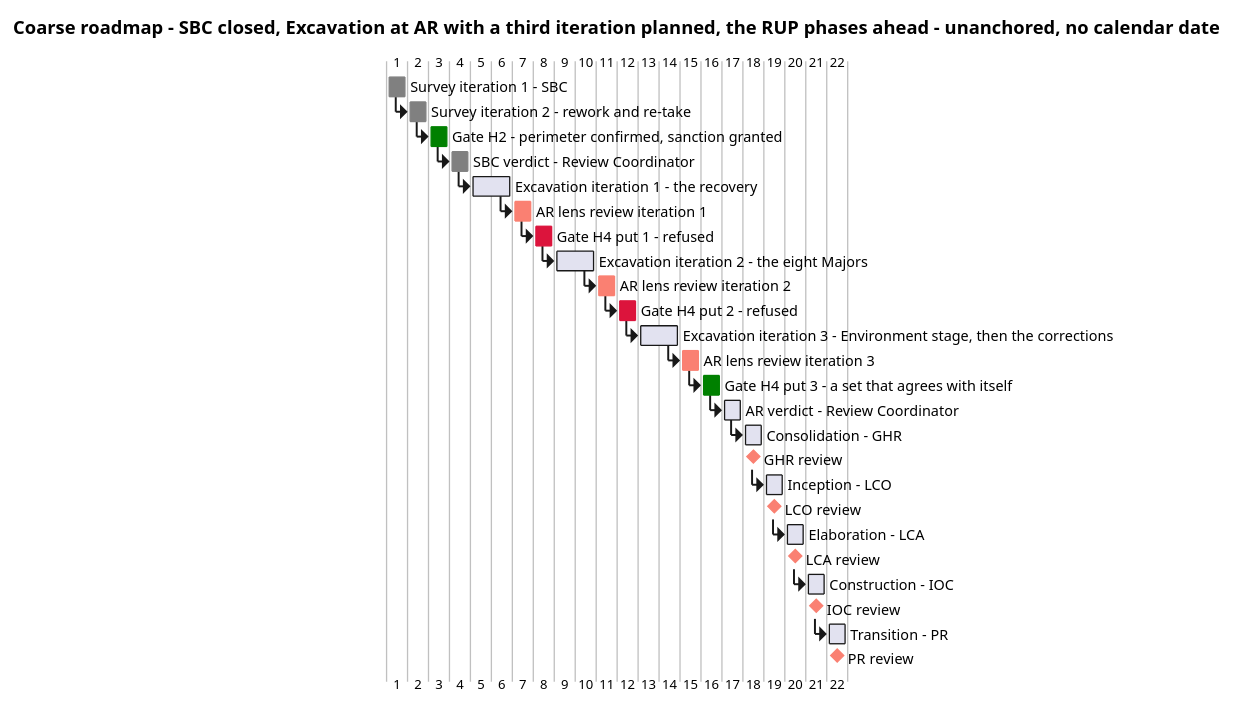
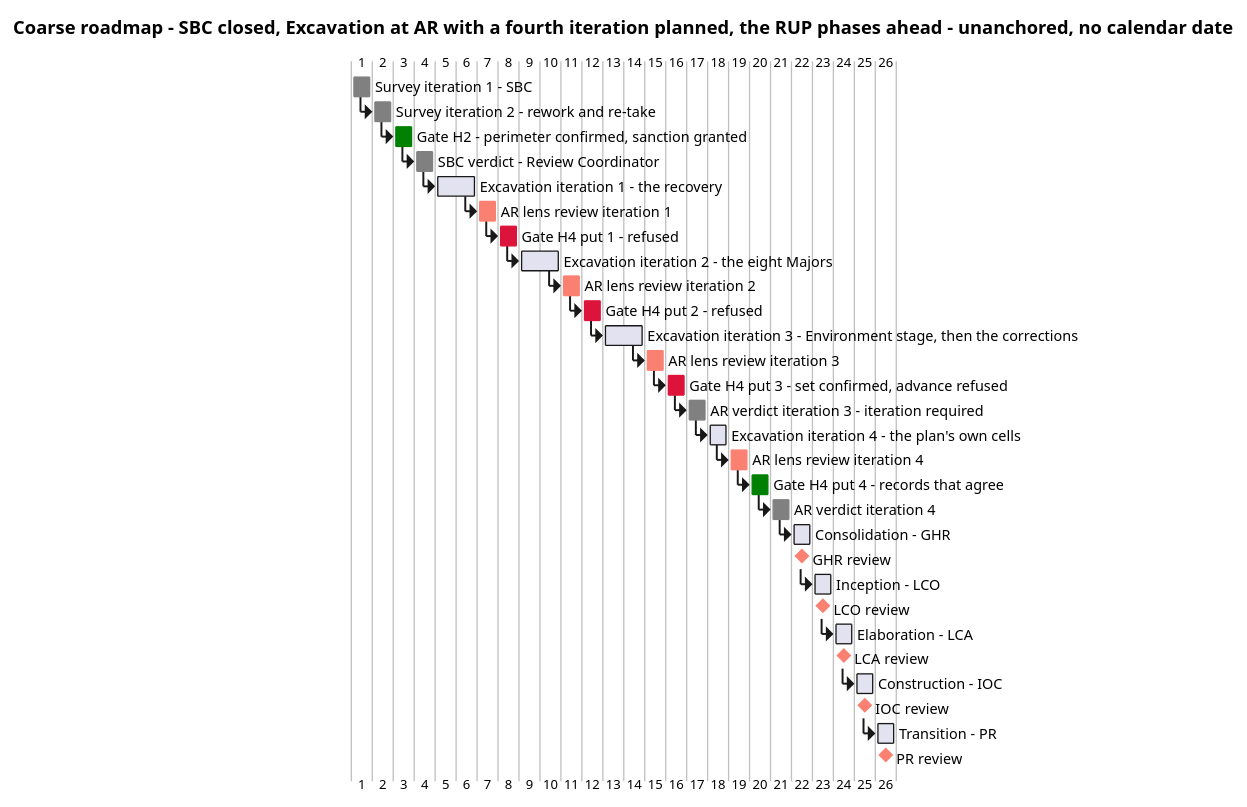
The second of 6 diagrams in docs/artifacts/project-management/iteration-plan.md (banense-test/TodoApp), drawn with PlantUML before and after one commit. The commit also changed other lines of this file, not shown here.

First line of the commit message:
Project Manager [Excavation3]: upsert Iteration Plan

````diff
--- a/docs/artifacts/project-management/iteration-plan.md
+++ b/docs/artifacts/project-management/iteration-plan.md
@@ -56,63 +56,75 @@
 ```plantuml
 @startgantt
-title Coarse roadmap - SBC closed, Excavation at AR with a third iteration planned, the RUP phases ahead - unanchored, no calendar date
+title Coarse roadmap - SBC closed, Excavation at AR with a fourth iteration planned, the RUP phases ahead - unanchored, no calendar date
 
 [Survey iteration 1 - SBC] lasts 1 day
 [Survey iteration 1 - SBC] is colored in Gray
 [Survey iteration 2 - rework and re-take] lasts 1 day
 [Survey iteration 2 - rework and re-take] starts at [Survey iteration 1 - SBC]'s end
 [Survey iteration 2 - rework and re-take] is colored in Gray
 [Gate H2 - perimeter confirmed, sanction granted] lasts 1 day
 [Gate H2 - perimeter confirmed, sanction granted] starts at [Survey iteration 2 - rework and re-take]'s end
 [Gate H2 - perimeter confirmed, sanction granted] is colored in Green
 [SBC verdict - Review Coordinator] lasts 1 day
 [SBC verdict - Review Coordinator] starts at [Gate H2 - perimeter confirmed, sanction granted]'s end
 [SBC verdict - Review Coordinator] is colored in Gray
 [Excavation iteration 1 - the recovery] lasts 2 days
 [Excavation iteration 1 - the recovery] starts at [SBC verdict - Review Coordinator]'s end
 [AR lens review iteration 1] lasts 1 day
 [AR lens review iteration 1] starts at [Excavation iteration 1 - the recovery]'s end
 [AR lens review iteration 1] is colored in Salmon
 [Gate H4 put 1 - refused] lasts 1 day
 [Gate H4 put 1 - refused] starts at [AR lens review iteration 1]'s end
 [Gate H4 put 1 - refused] is colored in Crimson
 [Excavation iteration 2 - the eight Majors] lasts 2 days
 [Excavation iteration 2 - the eight Majors] starts at [Gate H4 put 1 - refused]'s end
 [AR lens review iteration 2] lasts 1 day
 [AR lens review iteration 2] starts at [Excavation iteration 2 - the eight Majors]'s end
 [AR lens review iteration 2] is colored in Salmon
 [Gate H4 put 2 - refused] lasts 1 day
 [Gate H4 put 2 - refused] starts at [AR lens review iteration 2]'s end
 [Gate H4 put 2 - refused] is colored in Crimson
 [Excavation iteration 3 - Environment stage, then the corrections] lasts 2 days
 [Excavation iteration 3 - Environment stage, then the corrections] starts at [Gate H4 put 2 - refused]'s end
 [AR lens review iteration 3] lasts 1 day
 [AR lens review iteration 3] starts at [Excavation iteration 3 - Environment stage, then the corrections]'s end
 [AR lens review iteration 3] is colored in Salmon
-[Gate H4 put 3 - a set that agrees with itself] lasts 1 day
-[Gate H4 put 3 - a set that agrees with itself] starts at [AR lens review iteration 3]'s end
-[Gate H4 put 3 - a set that agrees with itself] is colored in Green
-[AR verdict - Review Coordinator] lasts 1 day
-[AR verdict - Review Coordinator] starts at [Gate H4 put 3 - a set that agrees with itself]'s end
+[Gate H4 put 3 - set confirmed, advance refused] lasts 1 day
+[Gate H4 put 3 - set confirmed, advance refused] starts at [AR lens review iteration 3]'s end
+[Gate H4 put 3 - set confirmed, advance refused] is colored in Crimson
+[AR verdict iteration 3 - iteration required] lasts 1 day
+[AR verdict iteration 3 - iteration required] starts at [Gate H4 put 3 - set confirmed, advance refused]'s end
+[AR verdict iteration 3 - iteration required] is colored in Gray
+[Excavation iteration 4 - the plan's own cells] lasts 1 day
+[Excavation iteration 4 - the plan's own cells] starts at [AR verdict iteration 3 - iteration required]'s end
+[AR lens review iteration 4] lasts 1 day
+[AR lens review iteration 4] starts at [Excavation iteration 4 - the plan's own cells]'s end
+[AR lens review iteration 4] is colored in Salmon
+[Gate H4 put 4 - records that agree] lasts 1 day
+[Gate H4 put 4 - records that agree] starts at [AR lens review iteration 4]'s end
+[Gate H4 put 4 - records that agree] is colored in Green
+[AR verdict iteration 4] lasts 1 day
+[AR verdict iteration 4] starts at [Gate H4 put 4 - records that agree]'s end
+[AR verdict iteration 4] is colored in Gray
 [Consolidation - GHR] lasts 1 day
-[Consolidation - GHR] starts at [AR verdict - Review Coordinator]'s end
+[Consolidation - GHR] starts at [AR verdict iteration 4]'s end
 [GHR review] happens at [Consolidation - GHR]'s end
 [GHR review] is colored in Salmon
 [Inception - LCO] lasts 1 day
 [Inception - LCO] starts at [GHR review]'s end
 [LCO review] happens at [Inception - LCO]'s end
 [LCO review] is colored in Salmon
 [Elaboration - LCA] lasts 1 day
 [Elaboration - LCA] starts at [LCO review]'s end
 [LCA review] happens at [Elaboration - LCA]'s end
 [LCA review] is colored in Salmon
 [Construction - IOC] lasts 1 day
 [Construction - IOC] starts at [LCA review]'s end
 [IOC review] happens at [Construction - IOC]'s end
 [IOC review] is colored in Salmon
 [Transition - PR] lasts 1 day
 [Transition - PR] starts at [IOC review]'s end
 [PR review] happens at [Transition - PR]'s end
 [PR review] is colored in Salmon
 @endgantt
 ```
````
